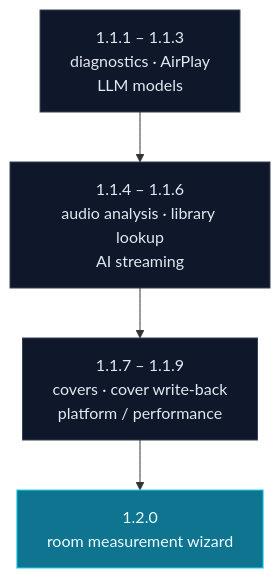
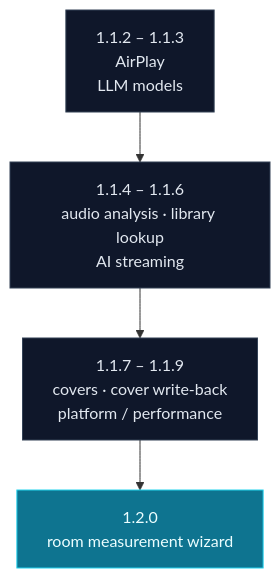
Before and after one commit to BH2VOQ/RLPlayer-Mac: the diagram in README.md, drawn with Mermaid. The commit also changed other lines of this file and 2 other files, not shown here.

Commit message:
docs(readme): sync features, roadmap and test counts with 1.1.1 release

````diff
--- a/README.md
+++ b/README.md
@@ -263,12 +265,12 @@
 ```mermaid
 flowchart TB
-  A["1.1.1 – 1.1.3<br/>diagnostics · AirPlay<br/>LLM models"]
+  A["1.1.2 – 1.1.3<br/>AirPlay<br/>LLM models"]
   B["1.1.4 – 1.1.6<br/>audio analysis · library lookup<br/>AI streaming"]
   C["1.1.7 – 1.1.9<br/>covers · cover write-back<br/>platform / performance"]
   D["1.2.0<br/>room measurement wizard"]
   A --> B --> C --> D
   classDef plan fill:#0f172a,stroke:#334155,color:#e2e8f0;
   classDef next fill:#0e7490,stroke:#22d3ee,color:#ecfeff;
   class A,B,C plan;
   class D next;
 ```
````
